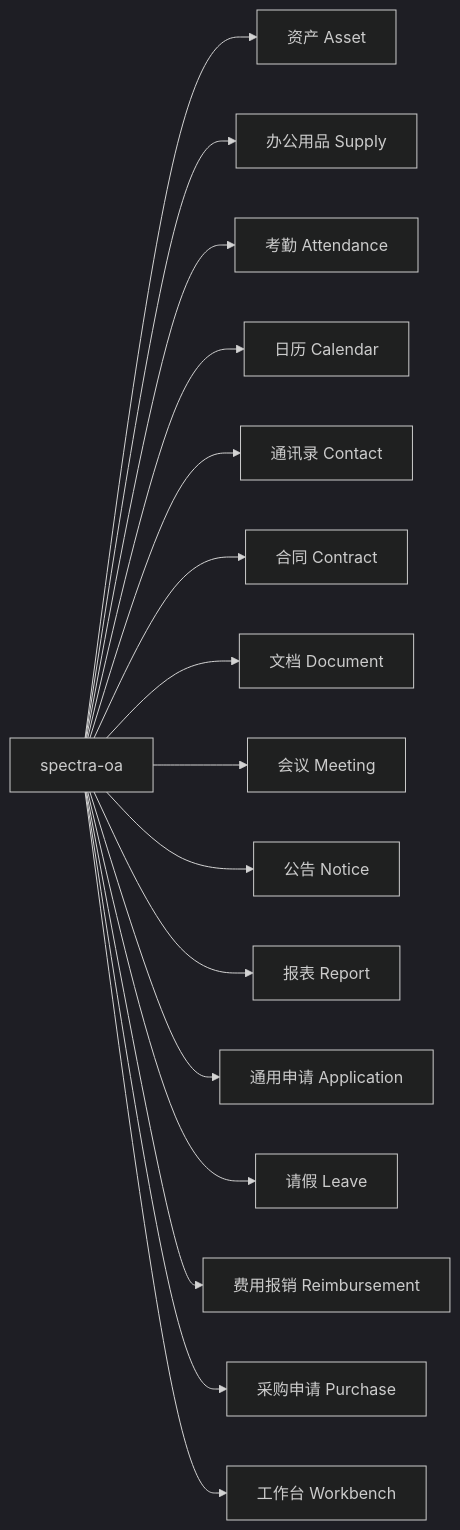
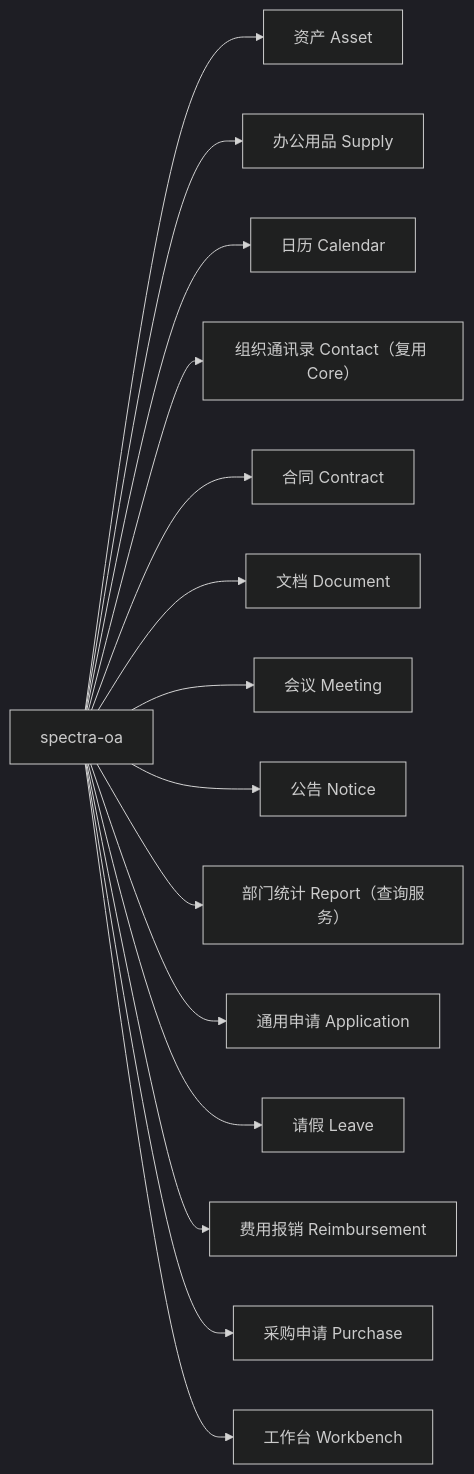
One commit to yangxj96/spectra-docs changed the diagram in docs/10-后端/40-OA模块.md. Above: the diagram before and after it, drawn with Mermaid (dark theme). The commit also changed other lines of this file and 15 other files, not shown here.

````diff
--- a/docs/10-后端/40-OA模块.md
+++ b/docs/10-后端/40-OA模块.md
@@ -13,19 +13,18 @@
 ```mermaid
 graph LR
     OA["spectra-oa"]
     OA --> Asset["资产 Asset"]
     OA --> Supply["办公用品 Supply"]
-    OA --> Attendance["考勤 Attendance"]
     OA --> Calendar["日历 Calendar"]
-    OA --> Contact["通讯录 Contact"]
+    OA --> Contact["组织通讯录 Contact（复用 Core）"]
     OA --> Contract["合同 Contract"]
     OA --> Document["文档 Document"]
     OA --> Meeting["会议 Meeting"]
     OA --> Notice["公告 Notice"]
-    OA --> Report["报表 Report"]
+    OA --> Report["部门统计 Report（查询服务）"]
     OA --> Application["通用申请 Application"]
     OA --> Leave["请假 Leave"]
     OA --> Reimbursement["费用报销 Reimbursement"]
     OA --> Purchase["采购申请 Purchase"]
     OA --> Workbench["工作台 Workbench"]
 ```
````
